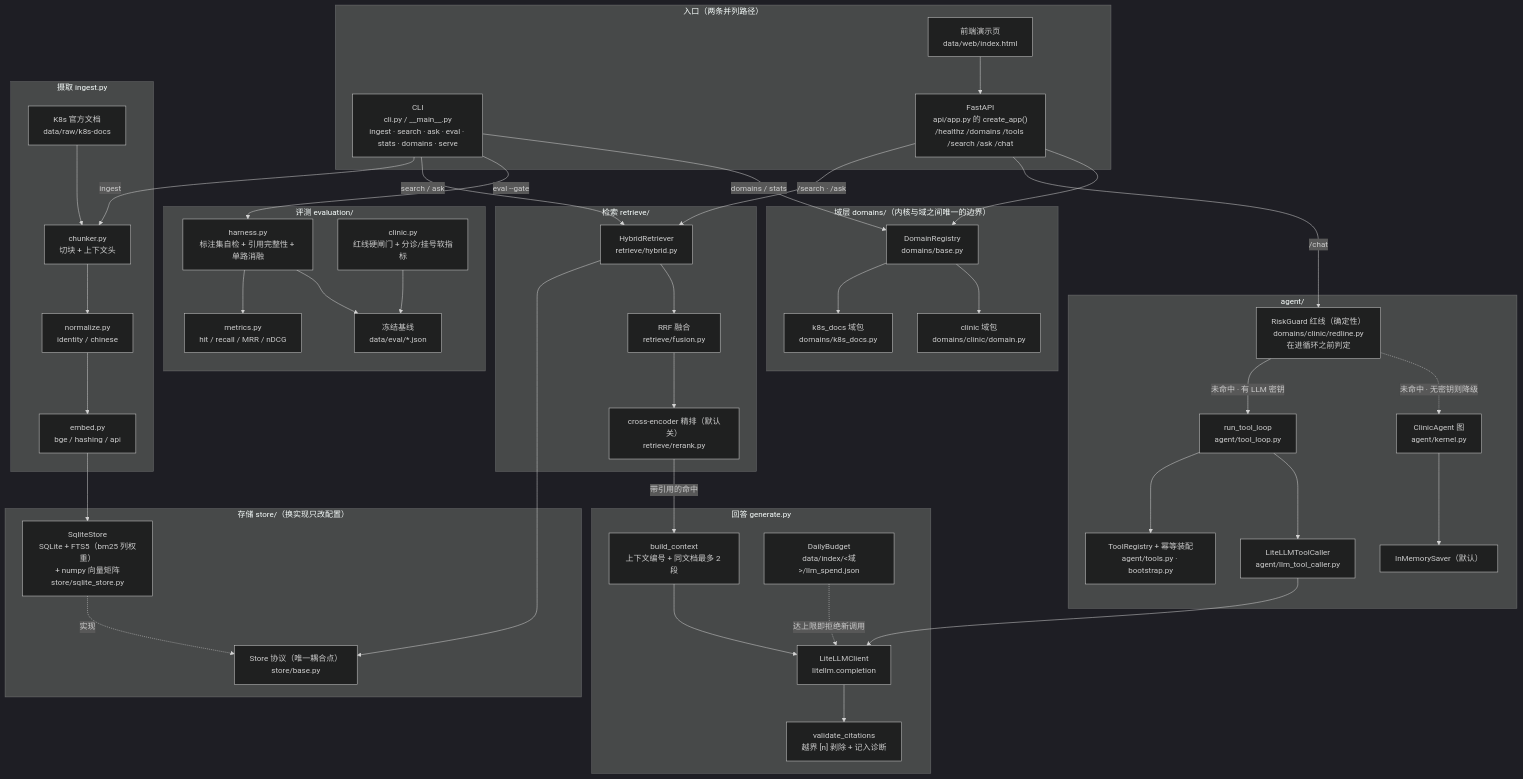
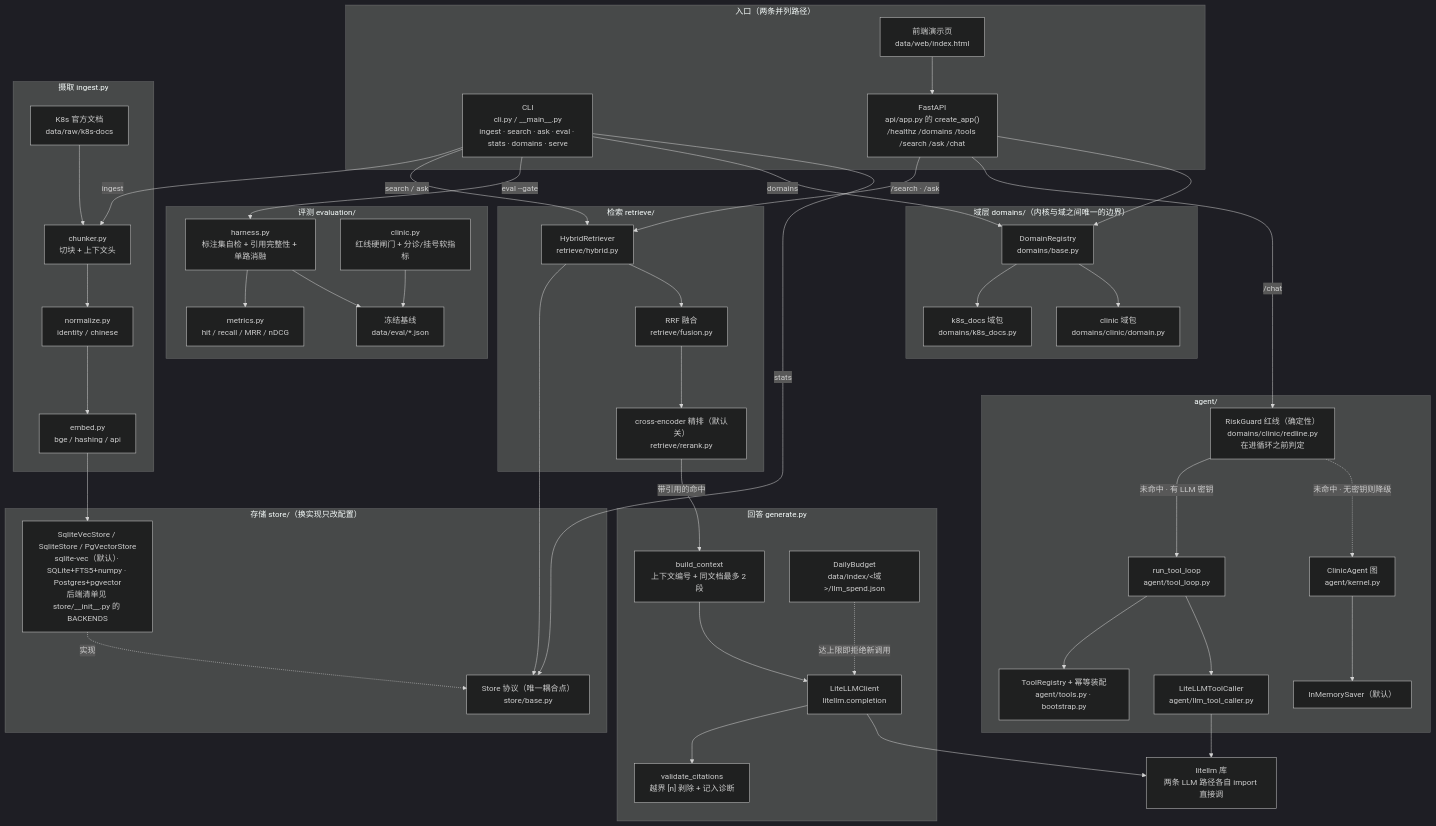
Before and after one commit to asjdna/stupid-doctor: the diagram in README.md, drawn with Mermaid (dark theme). The commit also changed other lines of this file and 19 other files, not shown here.

```diff
--- a/README.md
+++ b/README.md
@@ -91,7 +91,7 @@
 
     subgraph st["存储 store/（换实现只改配置）"]
         SPROTO["Store 协议（唯一耦合点）<br/>store/base.py"]
-        SQLITE["SqliteStore<br/>SQLite + FTS5（bm25 列权重）<br/>+ numpy 向量矩阵<br/>store/sqlite_store.py"]
+        SQLITE["SqliteVecStore / SqliteStore / PgVectorStore<br/>sqlite-vec（默认）· SQLite+FTS5+numpy · Postgres+pgvector<br/>后端清单见 store/__init__.py 的 BACKENDS"]
     end
 
     subgraph ret["检索 retrieve/"]
@@ -123,11 +123,14 @@
         BASELINE["冻结基线<br/>data/eval/*.json"]
     end
 
+    LLMLIB["litellm 库<br/>两条 LLM 路径各自 import 直接调"]
+
     CORPUS --> CHUNKER --> NORM --> EMBED --> SQLITE
     CLI -->|"ingest"| CHUNKER
     CLI -->|"search / ask"| HYBRID
     CLI -->|"eval --gate"| HARNESS
-    CLI -->|"domains / stats"| REG
+    CLI -->|"domains"| REG
+    CLI -->|"stats"| SPROTO
     API -->|"/search · /ask"| HYBRID
     API -->|"/chat"| REDLINE
     API --> REG
@@ -139,12 +142,13 @@
     HYBRID --> FUSION --> RERANK
     RERANK -->|"带引用的命中"| CTX
     CTX --> LLMC --> VC
+    LLMC --> LLMLIB
     BUD -.->|"达上限即拒绝新调用"| LLMC
     REDLINE -->|"未命中 · 有 LLM 密钥"| LOOP
     REDLINE -.->|"未命中 · 无密钥则降级"| GRAPH
     LOOP --> TOOLS
     LOOP --> CALLER
-    CALLER --> LLMC
+    CALLER --> LLMLIB
     GRAPH --> SAVER
     HARNESS --> METRICS
     HARNESS --> BASELINE
```
